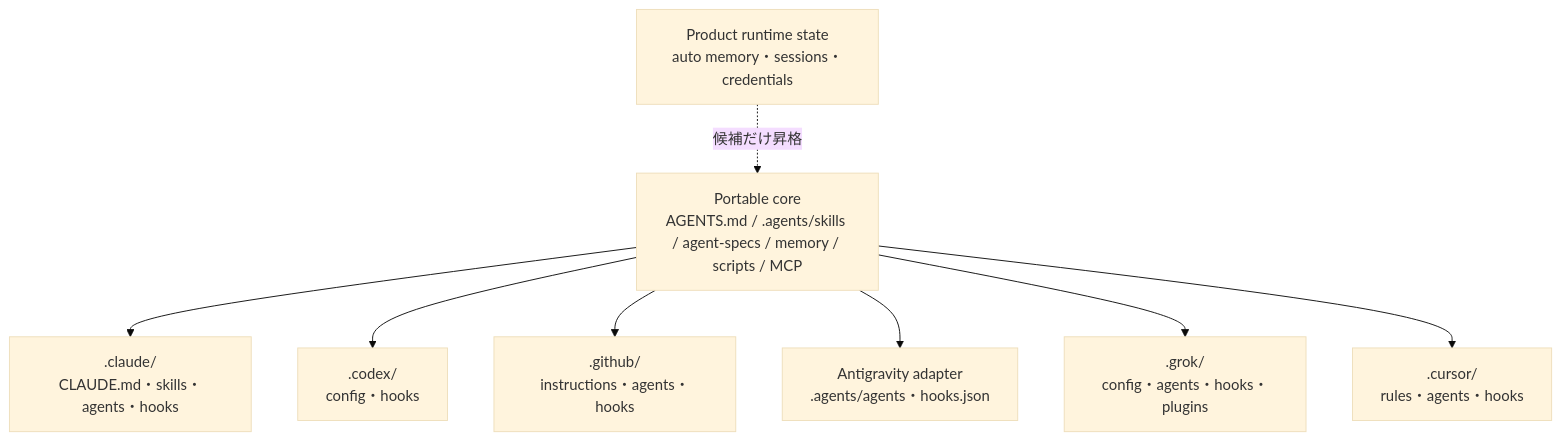
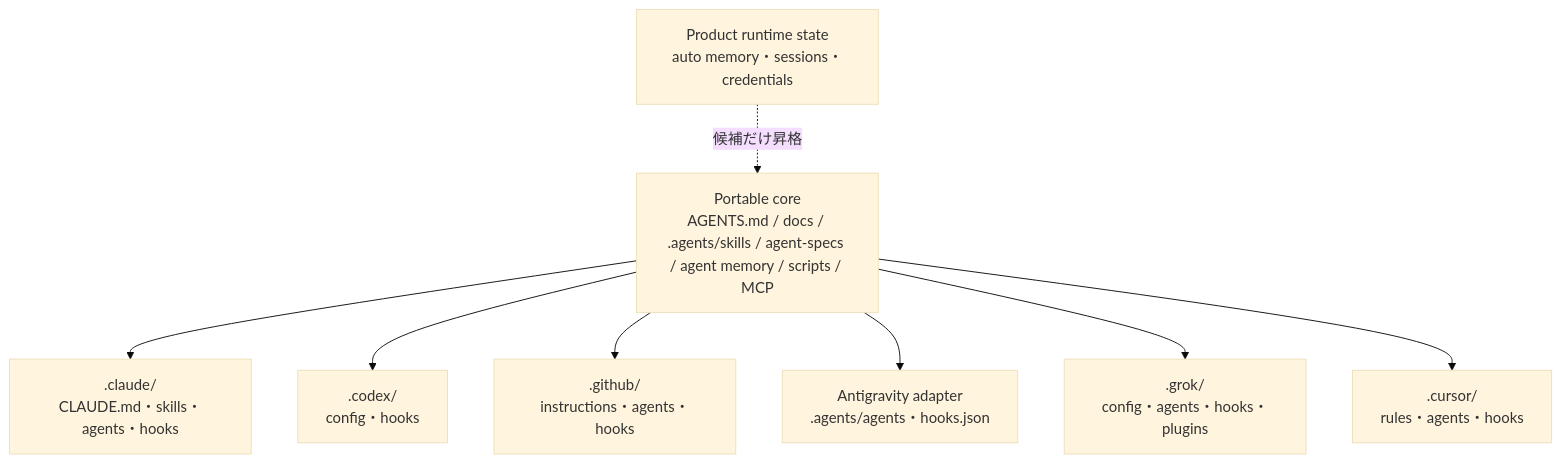
One commit to suwa-sh/zenn-contents changed the third of 4 diagrams in articles/agentic-coding-clis_20260807.md. Above: the diagram before and after it, drawn with Mermaid (base theme). The commit also changed other lines of this file, not shown here.

````diff
--- a/articles/agentic-coding-clis_20260807.md
+++ b/articles/agentic-coding-clis_20260807.md
@@ -282,11 +284,11 @@
 ```mermaid
 flowchart TD
-    CORE["Portable core<br/>AGENTS.md / .agents/skills / agent-specs / memory / scripts / MCP"]
+    CORE["Portable core<br/>AGENTS.md / docs / .agents/skills / agent-specs / agent memory / scripts / MCP"]
     CORE --> CL[".claude/<br/>CLAUDE.md・skills・agents・hooks"]
     CORE --> CX[".codex/<br/>config・hooks"]
     CORE --> GH[".github/<br/>instructions・agents・hooks"]
     CORE --> AG["Antigravity adapter<br/>.agents/agents・hooks.json"]
     CORE --> GR[".grok/<br/>config・agents・hooks・plugins"]
     CORE --> CU[".cursor/<br/>rules・agents・hooks"]
     AUTO["Product runtime state<br/>auto memory・sessions・credentials"] -. "候補だけ昇格" .-> CORE
 ```
````
